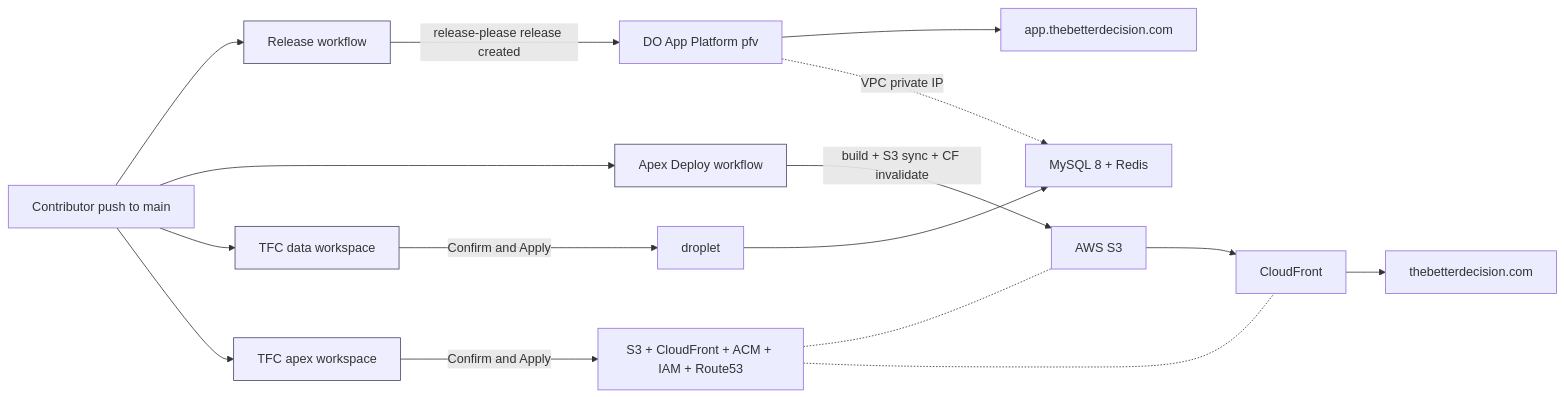
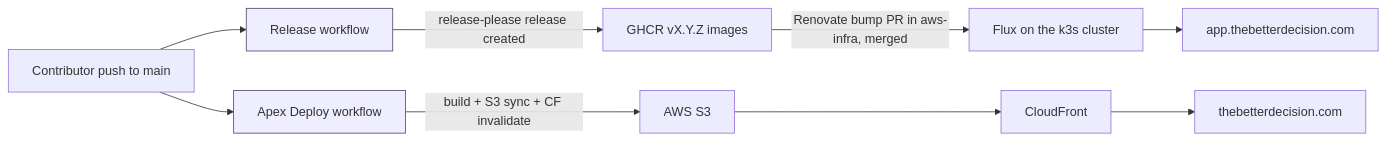
One commit to fjcloudaiconsulting/tbd changed the first of 7 diagrams in docs/operations/DEPLOYMENT.md. Above: the diagram before and after it, drawn with Mermaid. The commit also changed other lines of this file and 102 other files, not shown here.

````diff
--- a/docs/operations/DEPLOYMENT.md
+++ b/docs/operations/DEPLOYMENT.md
@@ -20,25 +19,16 @@
 ```mermaid
 flowchart LR
   dev[Contributor push to main] --> rel[Release workflow]
   dev --> apex[Apex Deploy workflow]
-  dev --> tfc1[TFC data workspace]
-  dev --> tfc2[TFC apex workspace]
 
-  rel -->|release-please release created| do[DO App Platform pfv]
-  do --> appurl[app.thebetterdecision.com]
+  rel -->|release-please release created| ghcr[GHCR vX.Y.Z images]
+  ghcr -->|Renovate bump PR in aws-infra, merged| flux[Flux on the k3s cluster]
+  flux --> appurl[app.thebetterdecision.com]
 
   apex -->|build + S3 sync + CF invalidate| s3[AWS S3]
   s3 --> cf[CloudFront]
   cf --> apexurl[thebetterdecision.com]
 
-  tfc1 -->|Confirm and Apply| droplet[<data-droplet> droplet]
-  droplet --> db[MySQL 8 + Redis]
-  do -.->|VPC private IP| db
-
-  tfc2 -->|Confirm and Apply| awsctl[S3 + CloudFront + ACM + IAM + Route53]
-  awsctl -.- s3
-  awsctl -.- cf
-
   classDef pipe fill:#eef,stroke:#446
-  class rel,apex,tfc1,tfc2 pipe
+  class rel,apex pipe
 ```
````
